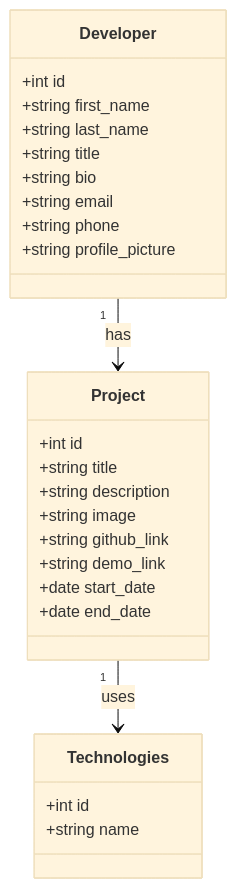
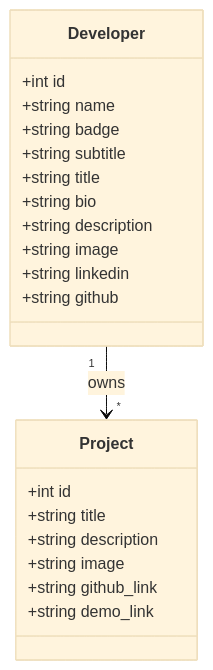
Before and after one commit to amine-mohamed77/Portfolio-laravel: the diagram in Conception/digrameClass.mmd, drawn with Mermaid (base theme). The commit also changed 5 other files, not shown here.

```diff
--- a/Conception/digrameClass.mmd
+++ b/Conception/digrameClass.mmd
@@ -1,33 +1,29 @@
+%% ===============================
+%% Developer - Project - Tech Model Diagram
+%% ===============================
+
 classDiagram
-    
-
     class Developer {
         +int id
-        +string first_name
-        +string last_name
+        +string name
+        +string badge
+        +string subtitle
         +string title
         +string bio
-        +string email
-        +string phone
-        +string profile_picture
+        +string description
+        +string image
+        +string linkedin
+        +string github
     }
 
     class Project {
         +int id
         +string title
         +string description
         +string image
         +string github_link
         +string demo_link
-        +date start_date
-        +date end_date
-    }
-
-    class Technologies {
-        +int id
-        +string name
     }
 
     %% Relationships
-    Developer "1" --> "" Project : has
-    Project "1" --> "" Technologies : uses
+    Developer "1" --> "*" Project : owns
```
